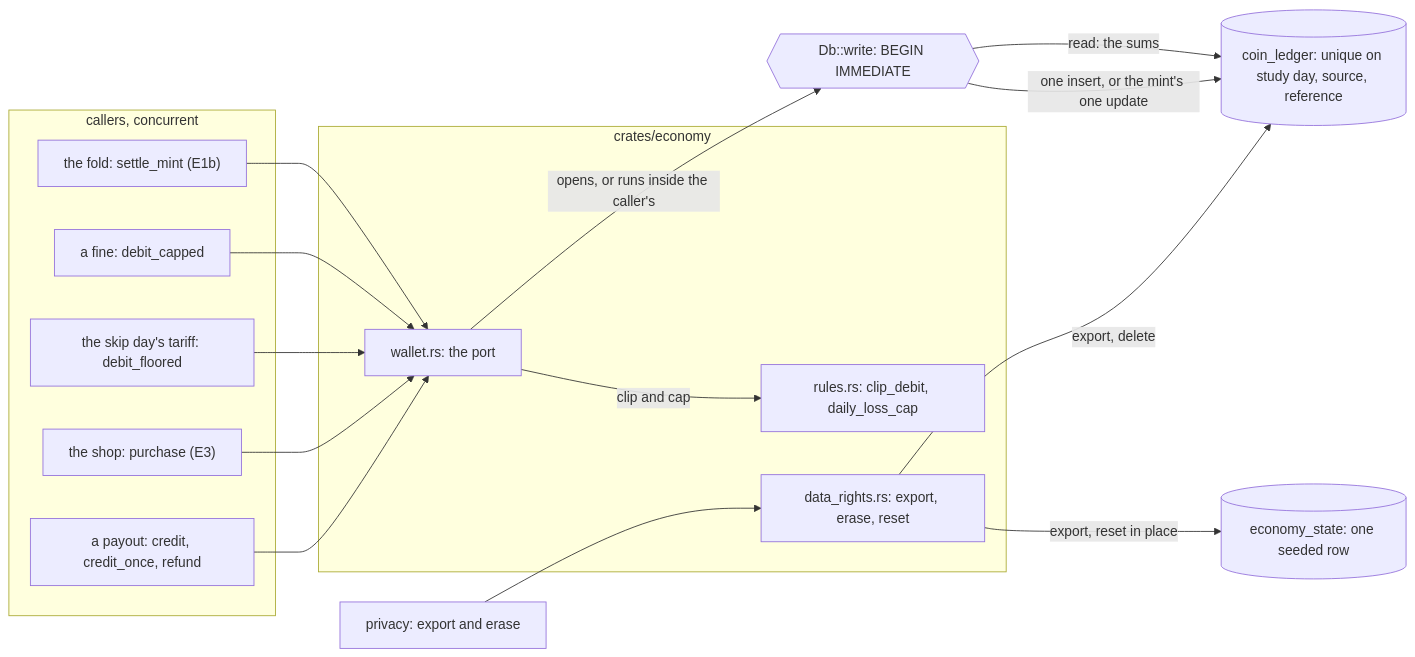
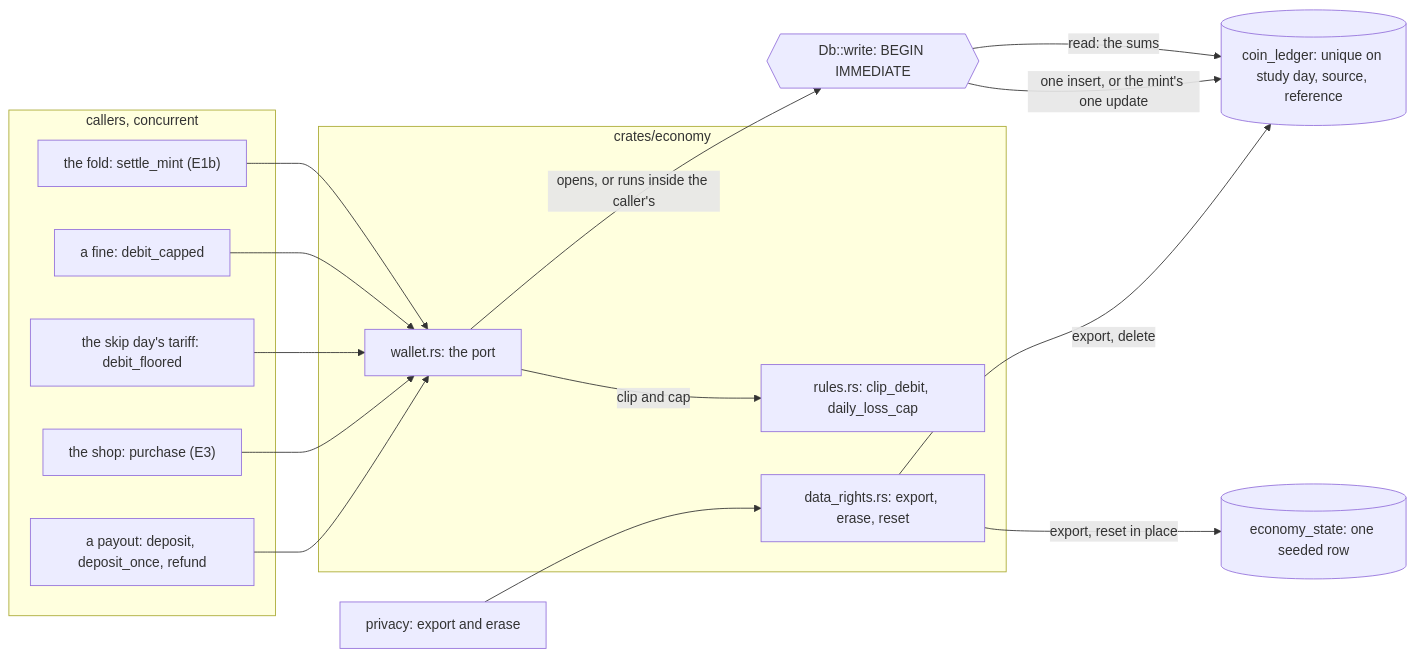
One commit to RexRenatus/deck-streak changed the first of 3 diagrams in docs/schematics/coin-wallet-and-its-ports.md. Above: the diagram before and after it, drawn with Mermaid. The commit also changed other lines of this file and 3 other files, not shown here.

````diff
--- a/docs/schematics/coin-wallet-and-its-ports.md
+++ b/docs/schematics/coin-wallet-and-its-ports.md
@@ -11,31 +11,31 @@
 ```mermaid
 flowchart LR
   subgraph callers[callers, concurrent]
     fold["the fold: settle_mint (E1b)"]
     fine["a fine: debit_capped"]
     tariff["the skip day's tariff: debit_floored"]
     shop["the shop: purchase (E3)"]
-    payout["a payout: credit, credit_once, refund"]
+    payout["a payout: deposit, deposit_once, refund"]
   end
   subgraph economy[crates/economy]
     port["wallet.rs: the port"]
     rules["rules.rs: clip_debit, daily_loss_cap"]
     rights["data_rights.rs: export, erase, reset"]
   end
   write{{"Db::write: BEGIN IMMEDIATE"}}
   ledger[("coin_ledger: unique on study day, source, reference")]
   state[("economy_state: one seeded row")]
   privacy["privacy: export and erase"]
   fold --> port
   fine --> port
   tariff --> port
   shop --> port
   payout --> port
   port -- "opens, or runs inside the caller's" --> write
   write -- "read: the sums" --> ledger
   port -- "clip and cap" --> rules
   write -- "one insert, or the mint's one update" --> ledger
   privacy --> rights
   rights -- "export, delete" --> ledger
   rights -- "export, reset in place" --> state
 ```
````
